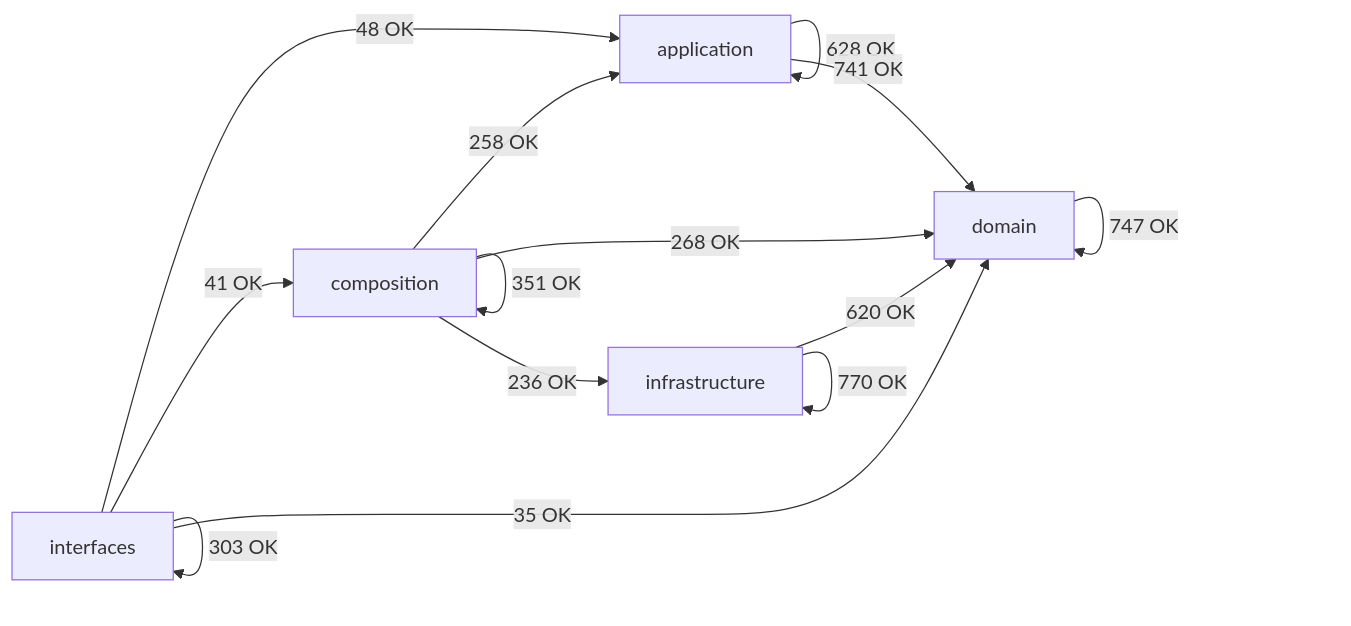
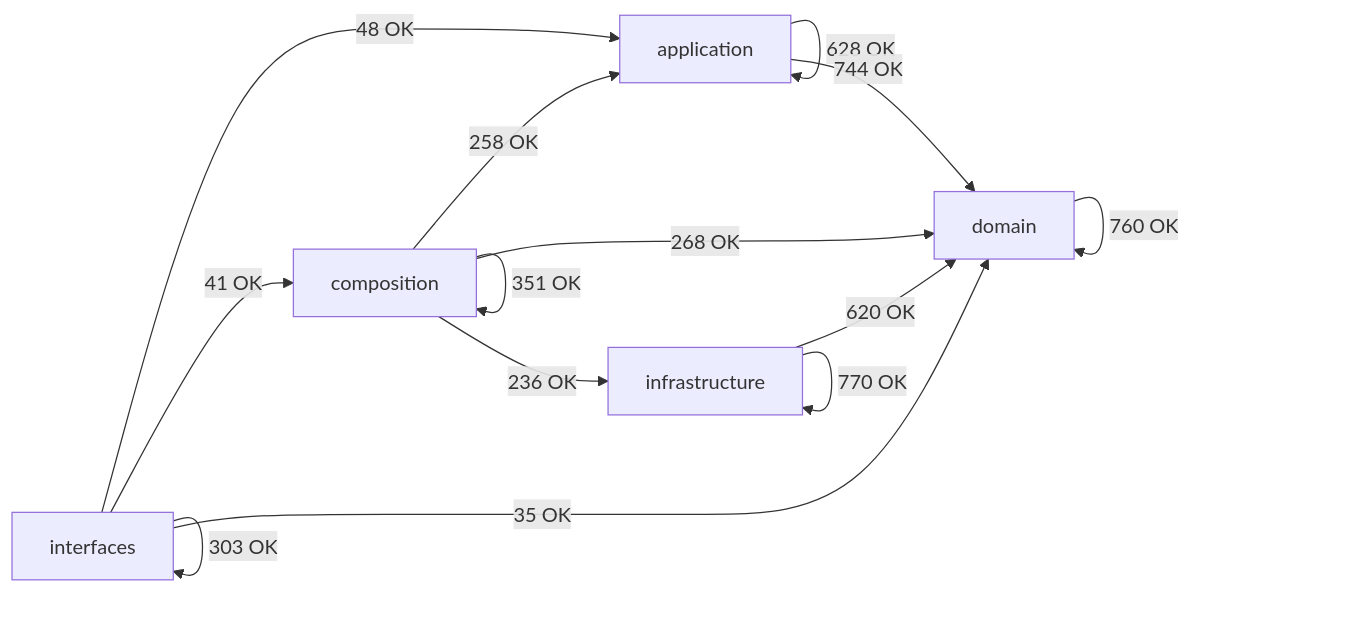
One commit to SatoryKono/BioactivityDataAcquisition changed the diagram in docs/02-architecture/generated/module-dependency-map.md. Above: the diagram before and after it, drawn with Mermaid. The commit also changed other lines of this file and 51 other files, not shown here.

First line of the commit message:
Add schema-classifier and registry DQ CI checks

````diff
--- a/docs/02-architecture/generated/module-dependency-map.md
+++ b/docs/02-architecture/generated/module-dependency-map.md
@@ -17,21 +17,21 @@
 ```mermaid
 flowchart LR
     domain[domain]
     application[application]
     infrastructure[infrastructure]
     composition[composition]
     interfaces[interfaces]
     application -->|628 OK| application
-    application -->|741 OK| domain
+    application -->|744 OK| domain
     composition -->|258 OK| application
     composition -->|351 OK| composition
     composition -->|268 OK| domain
     composition -->|236 OK| infrastructure
-    domain -->|747 OK| domain
+    domain -->|760 OK| domain
     infrastructure -->|620 OK| domain
     infrastructure -->|770 OK| infrastructure
     interfaces -->|48 OK| application
     interfaces -->|41 OK| composition
     interfaces -->|35 OK| domain
     interfaces -->|303 OK| interfaces
 ```
````
